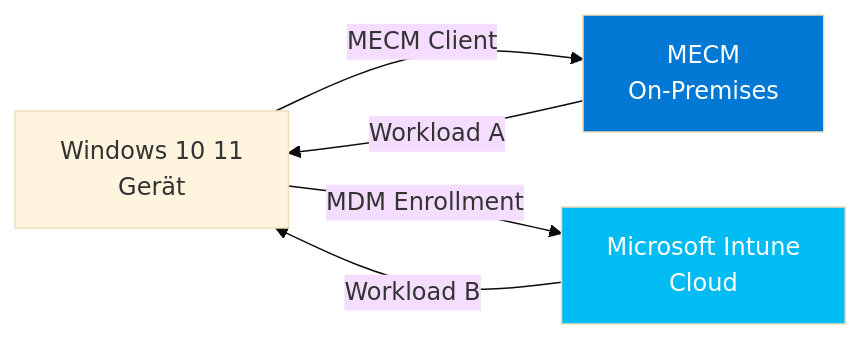
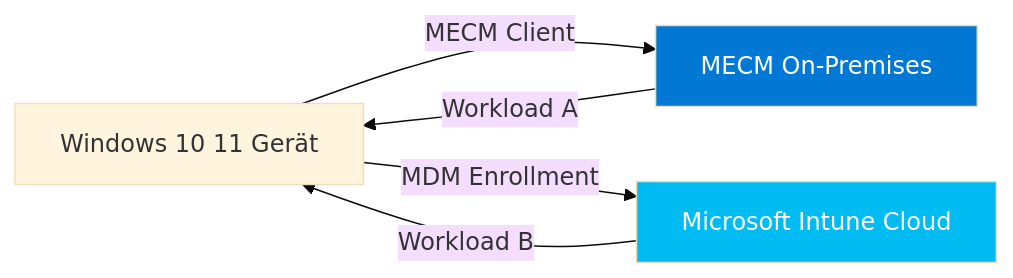
Before and after one commit to SoniiiT/notes-n-docs: the first of 5 diagrams in Microsoft 365/System Center/MECM Co-Management.md, drawn with Mermaid (base theme). The commit also changed other lines of this file and 124 other files, not shown here.

First line of the commit message:
fix: Entferne \n aus allen Mermaid-Diagrammen (125 Dateien)

````diff
--- a/Microsoft 365/System Center/MECM Co-Management.md
+++ b/Microsoft 365/System Center/MECM Co-Management.md
@@ -28,10 +28,10 @@
 ```mermaid
 graph LR
-    DEVICE[Windows 10 11\nGerät] -->|MECM Client| MECM[MECM\nOn-Premises]
-    DEVICE -->|MDM Enrollment| INTUNE[Microsoft Intune\nCloud]
+    DEVICE[Windows 10 11 Gerät] -->|MECM Client| MECM[MECM On-Premises]
+    DEVICE -->|MDM Enrollment| INTUNE[Microsoft Intune Cloud]
     MECM -->|Workload A| DEVICE
     INTUNE -->|Workload B| DEVICE
 
     style MECM fill:#0078D4,color:#fff
     style INTUNE fill:#00BCF2,color:#fff
 ```
````
